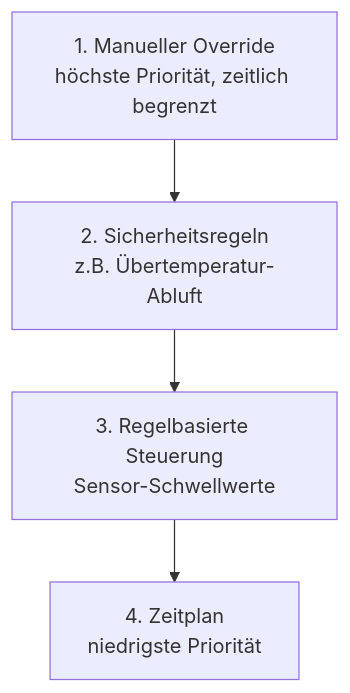
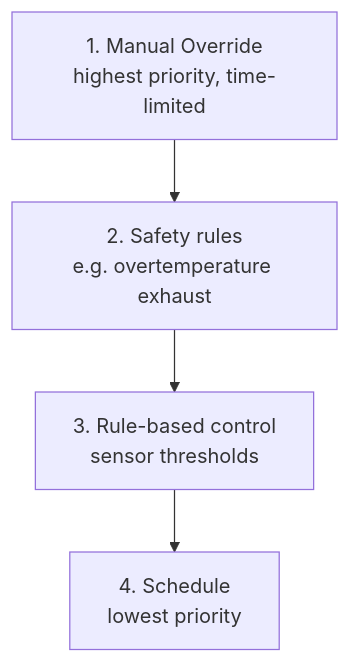
Before and after one commit to nolte/kamerplanter: the second of 2 diagrams in docs/de/user-guide/actuator-control.md, drawn with Mermaid. The commit also changed other lines of this file and 44 other files, not shown here.

First line of the commit message:
docs: make all Mermaid diagrams spec-compliant (repo-wide sweep)

````diff
--- a/docs/de/user-guide/actuator-control.md
+++ b/docs/de/user-guide/actuator-control.md
@@ -185,8 +187,8 @@
 ```mermaid
 flowchart TB
-    M[1. Manueller Override\nhöchste Priorität, zeitlich begrenzt]
-    S[2. Sicherheitsregeln\nz.B. Übertemperatur-Abluft]
-    R[3. Regelbasierte Steuerung\nSensor-Schwellwerte]
-    Z[4. Zeitplan\nniedrigste Priorität]
+    M[1. Manual Override<br/>highest priority, time-limited]
+    S[2. Safety rules<br/>e.g. overtemperature exhaust]
+    R[3. Rule-based control<br/>sensor thresholds]
+    Z[4. Schedule<br/>lowest priority]
     M --> S --> R --> Z
 ```
````
